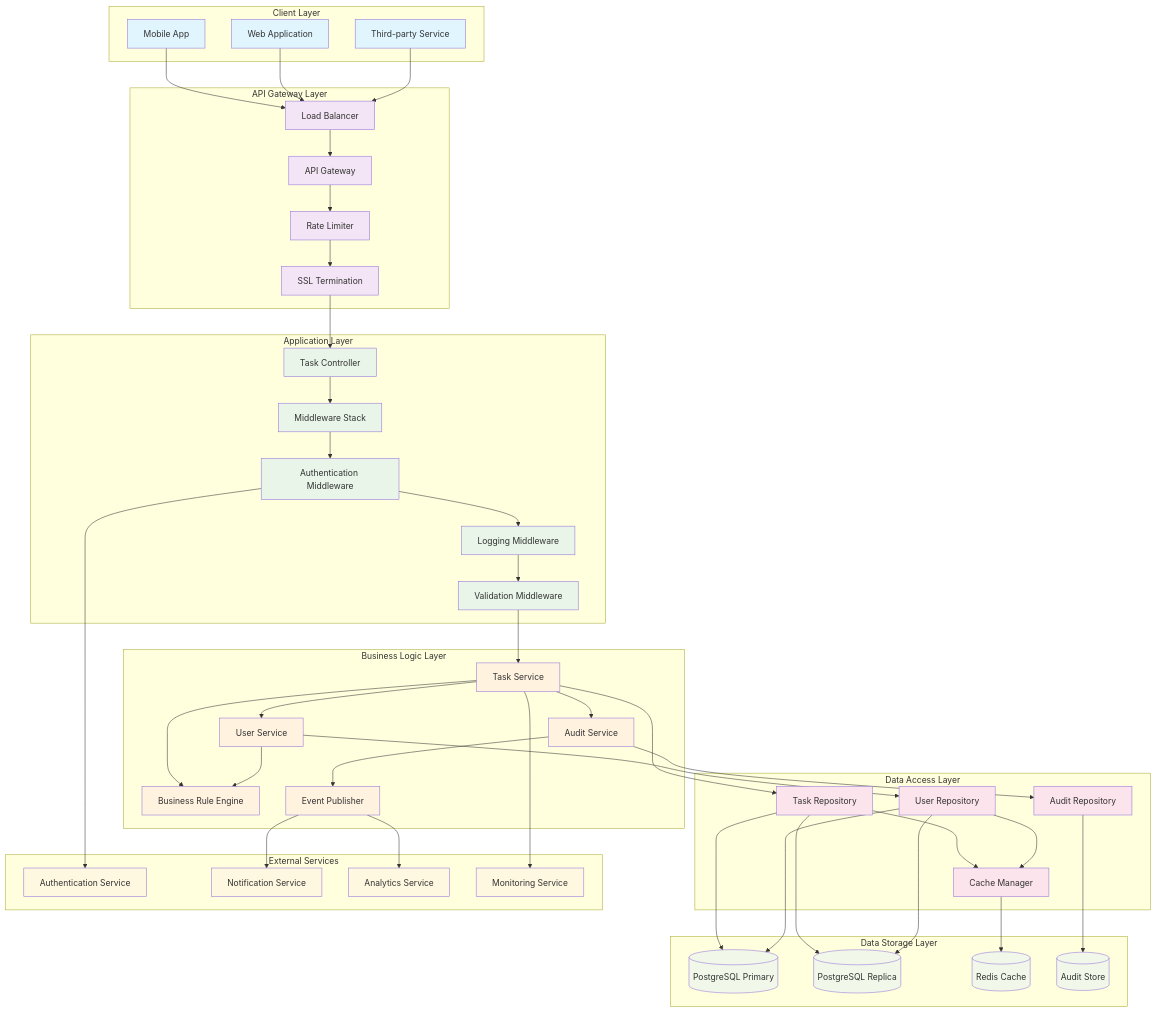
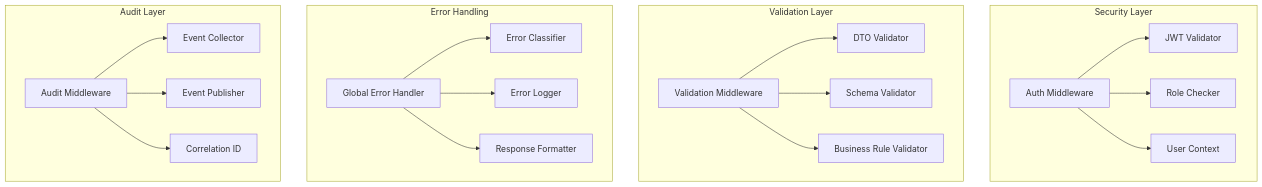
The third of 6 diagrams in API Development/Components and Sequence Diagrams/component_diagram.md (ThapaswiASC/SCIB-INCEPTION-PHASE-DEMO), drawn with Mermaid before and after one commit. The commit also changed other lines of this file and 1 other file, not shown here.

````diff
--- a/API Development/Components and Sequence Diagrams/component_diagram.md
+++ b/API Development/Components and Sequence Diagrams/component_diagram.md
@@ -279,115 +152,26 @@
 ```mermaid
-flowchart TD
-    subgraph "Client Layer"
-        A[Mobile App]
-        B[Web Application]
-        C[Third-party Service]
+graph TB
+    subgraph "Security Layer"
+        A[Auth Middleware] --> B[JWT Validator]
+        A --> C[Role Checker]
+        A --> D[User Context]
     end
     
-    subgraph "API Gateway Layer"
-        D[Load Balancer]
-        E[API Gateway]
-        F[Rate Limiter]
-        G[SSL Termination]
+    subgraph "Validation Layer"
+        E[Validation Middleware] --> F[DTO Validator]
+        E --> G[Schema Validator]
+        E --> H[Business Rule Validator]
     end
     
-    subgraph "Application Layer"
-        H[Task Controller]
-        I[Middleware Stack]
-        J[Authentication Middleware]
-        K[Logging Middleware]
-        L[Validation Middleware]
+    subgraph "Error Handling"
+        I[Global Error Handler] --> J[Error Classifier]
+        I --> K[Error Logger]
+        I --> L[Response Formatter]
     end
     
-    subgraph "Business Logic Layer"
-        M[Task Service]
-        N[User Service]
-        O[Audit Service]
-        P[Business Rule Engine]
-        Q[Event Publisher]
+    subgraph "Audit Layer"
+        M[Audit Middleware] --> N[Event Collector]
+        M --> O[Event Publisher]
+        M --> P[Correlation ID]
     end
-    
-    subgraph "Data Access Layer"
-        R[Task Repository]
-        S[User Repository]
-        T[Audit Repository]
-        U[Cache Manager]
-    end
-    
-    subgraph "Data Storage Layer"
-        V[(PostgreSQL Primary)]
-        W[(PostgreSQL Replica)]
-        X[(Redis Cache)]
-        Y[(Audit Store)]
-    end
-    
-    subgraph "External Services"
-        Z[Authentication Service]
-        AA[Notification Service]
-        BB[Analytics Service]
-        CC[Monitoring Service]
-    end
-    
-    %% Client to Gateway Flow
-    A --> D
-    B --> D
-    C --> D
-    
-    %% Gateway Processing
-    D --> E
-    E --> F
-    F --> G
-    G --> H
-    
-    %% Application Layer Processing
-    H --> I
-    I --> J
-    J --> K
-    K --> L
-    L --> M
-    
-    %% Business Logic Processing
-    M --> N
-    M --> O
-    M --> P
-    N --> P
-    O --> Q
-    
-    %% Data Access
-    M --> R
-    N --> S
-    O --> T
-    R --> U
-    S --> U
-    
-    %% Data Storage
-    R --> V
-    S --> V
-    T --> Y
-    R --> W
-    S --> W
-    U --> X
-    
-    %% External Service Integration
-    J --> Z
-    Q --> AA
-    Q --> BB
-    M --> CC
-    
-    %% Styling
-    classDef clientLayer fill:#e1f5fe
-    classDef gatewayLayer fill:#f3e5f5
-    classDef appLayer fill:#e8f5e8
-    classDef businessLayer fill:#fff3e0
-    classDef dataAccessLayer fill:#fce4ec
-    classDef storageLayer fill:#f1f8e9
-    classDef externalLayer fill:#fff8e1
-    
-    class A,B,C clientLayer
-    class D,E,F,G gatewayLayer
-    class H,I,J,K,L appLayer
-    class M,N,O,P,Q businessLayer
-    class R,S,T,U dataAccessLayer
-    class V,W,X,Y storageLayer
-    class Z,AA,BB,CC externalLayer
 ```
````
